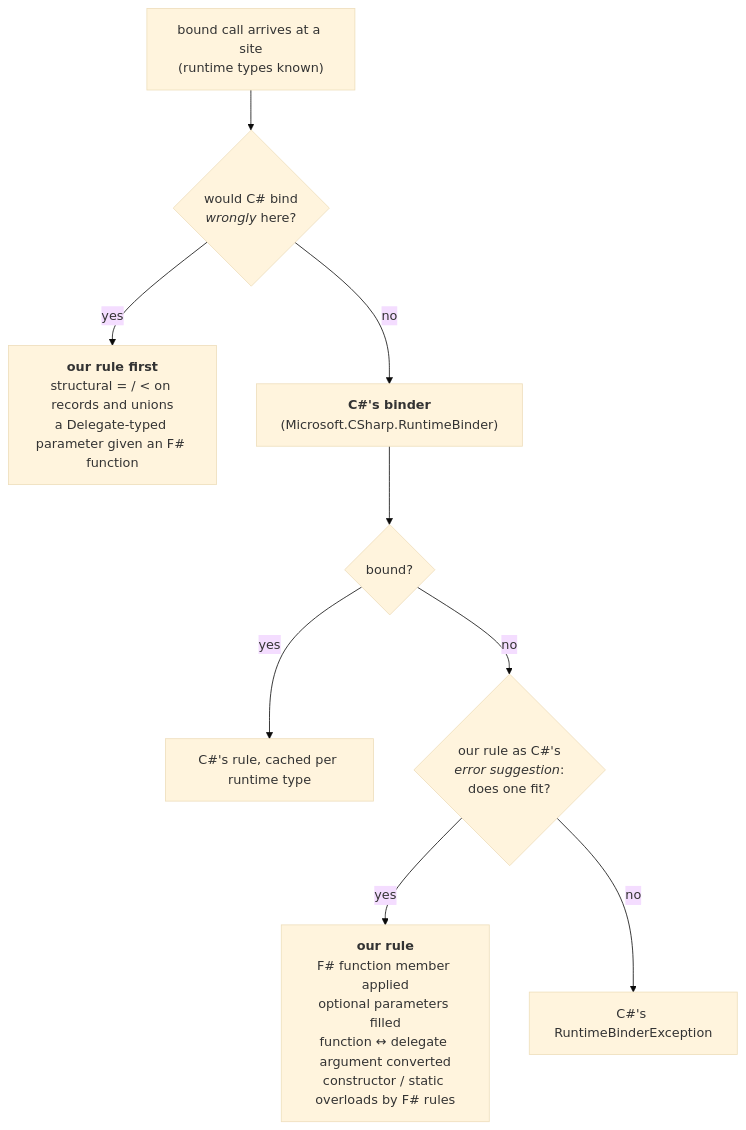
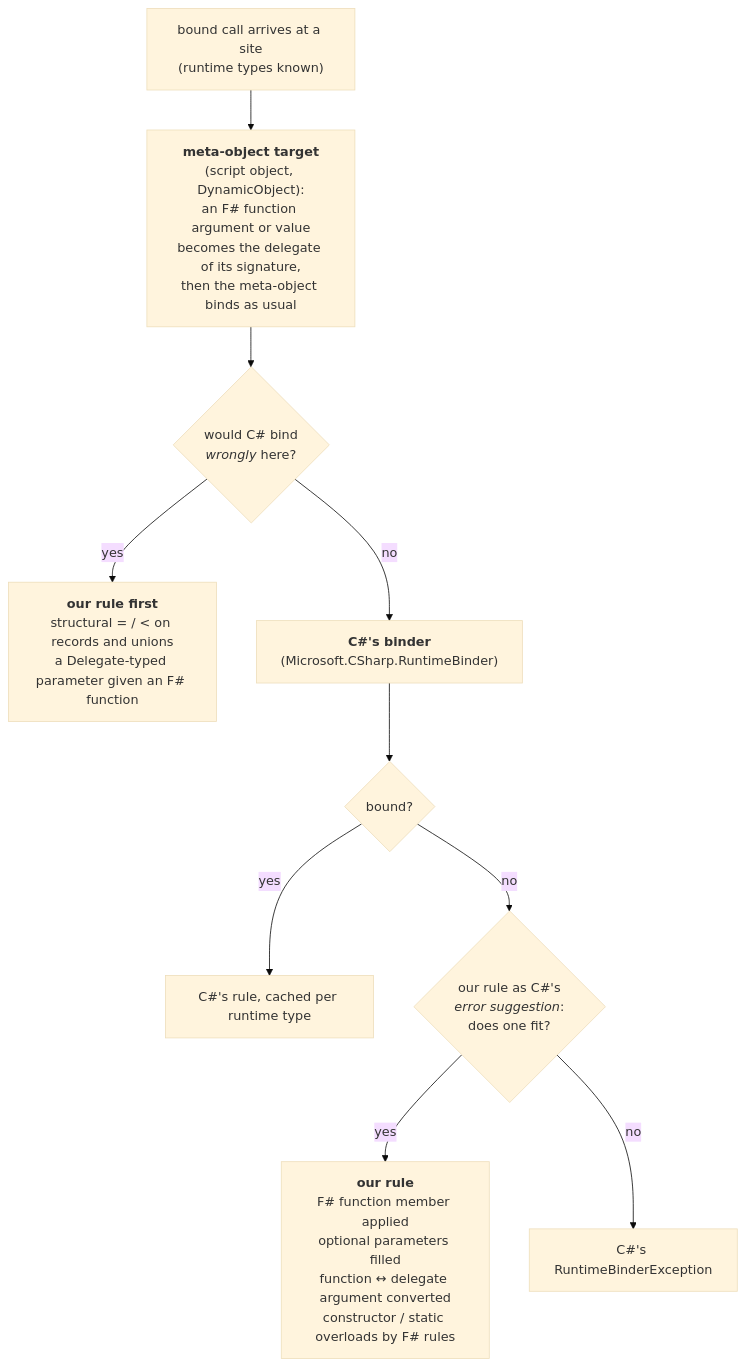
Before and after one commit to ekonbenefits/FSharp.Interop.Dlr: the diagram in docs/binders.md, drawn with Mermaid (base theme). The commit also changed other lines of this file and 8 other files, not shown here.

First line of the commit message:
Seam: an F# function handed to a meta-object arrives as the delegate of its signature

````diff
--- a/docs/binders.md
+++ b/docs/binders.md
@@ -18,20 +18,21 @@
 ```mermaid
 flowchart TD
     arrive["bound call arrives at a site<br/>(runtime types known)"]
     wrong{"would C# bind<br/><i>wrongly</i> here?"}
     ours1["<b>our rule first</b><br/>structural = / &lt; on records and unions<br/>a Delegate-typed parameter given an F# function"]
     csharp["<b>C#'s binder</b><br/>(Microsoft.CSharp.RuntimeBinder)"]
     ok{"bound?"}
     done["C#'s rule, cached per runtime type"]
     suggest{"our rule as C#'s<br/><i>error suggestion</i>:<br/>does one fit?"}
     ours2["<b>our rule</b><br/>F# function member applied<br/>optional parameters filled<br/>function ↔ delegate argument converted<br/>constructor / static overloads by F# rules"]
+    meta["<b>meta-object target</b><br/>(script object, DynamicObject):<br/>an F# function argument or value<br/>becomes the delegate of its signature,<br/>then the meta-object binds as usual"]
     err["C#'s RuntimeBinderException"]
 
-    arrive --> wrong
+    arrive --> meta --> wrong
     wrong -- yes --> ours1
     wrong -- no --> csharp --> ok
     ok -- yes --> done
     ok -- no --> suggest
     suggest -- yes --> ours2
     suggest -- no --> err
 ```
````
